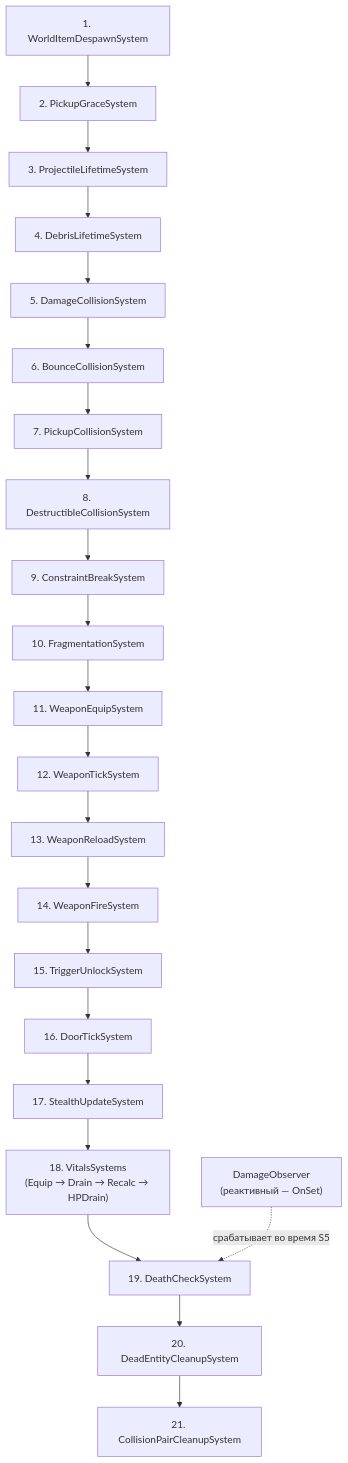
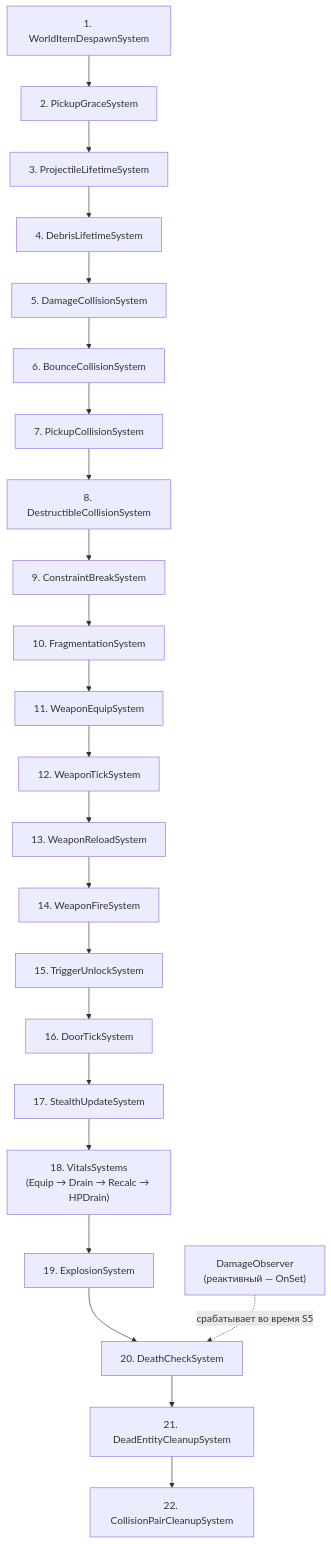
Before and after one commit to bluesteelll/FatumGame: the diagram in docs/systems/system-execution-order.ru.md, drawn with Mermaid. The commit also changed other lines of this file and 12 other files, not shown here.

````diff
--- a/docs/systems/system-execution-order.ru.md
+++ b/docs/systems/system-execution-order.ru.md
@@ -11,36 +11,37 @@
 ```mermaid
 graph TD
     DamageObs["DamageObserver<br/>(реактивный — OnSet)"]
 
     S1["1. WorldItemDespawnSystem"]
     S2["2. PickupGraceSystem"]
     S3["3. ProjectileLifetimeSystem"]
     S4["4. DebrisLifetimeSystem"]
     S5["5. DamageCollisionSystem"]
     S6["6. BounceCollisionSystem"]
     S7["7. PickupCollisionSystem"]
     S8["8. DestructibleCollisionSystem"]
     S9["9. ConstraintBreakSystem"]
     S10["10. FragmentationSystem"]
     S11["11. WeaponEquipSystem"]
     S12["12. WeaponTickSystem"]
     S13["13. WeaponReloadSystem"]
     S14["14. WeaponFireSystem"]
     S15["15. TriggerUnlockSystem"]
     S16["16. DoorTickSystem"]
     S17["17. StealthUpdateSystem"]
     S18["18. VitalsSystems<br/>(Equip → Drain → Recalc → HPDrain)"]
-    S19["19. DeathCheckSystem"]
-    S20["20. DeadEntityCleanupSystem"]
-    S21["21. CollisionPairCleanupSystem"]
+    S18b["19. ExplosionSystem"]
+    S20["20. DeathCheckSystem"]
+    S21["21. DeadEntityCleanupSystem"]
+    S22["22. CollisionPairCleanupSystem"]
 
     S1 --> S2 --> S3 --> S4
     S4 --> S5 --> S6 --> S7 --> S8
     S8 --> S9 --> S10
     S10 --> S11 --> S12 --> S13 --> S14
     S14 --> S15 --> S16
     S16 --> S17 --> S18
-    S18 --> S19 --> S20 --> S21
+    S18 --> S18b --> S20 --> S21 --> S22
 
-    DamageObs -.->|"срабатывает во время S5"| S19
+    DamageObs -.->|"срабатывает во время S5"| S20
 ```
````
